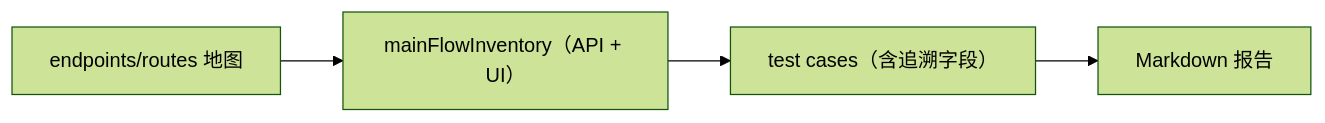
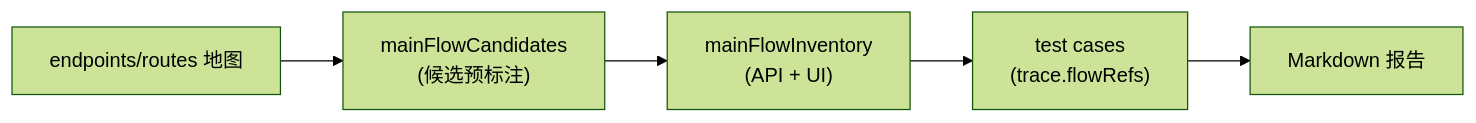
Before and after one commit to MakaCove/ai-test-pipeline: the second of 2 diagrams in 架构与流程.md, drawn with Mermaid (forest theme). The commit also changed other lines of this file and 26 other files, not shown here.

````diff
--- a/架构与流程.md
+++ b/架构与流程.md
@@ -121,9 +123,10 @@
 ```mermaid
 flowchart LR
     E["endpoints/routes 地图"]
-    C["mainFlowInventory（API + UI）"]
-    T["test cases（含追溯字段）"]
+    C["mainFlowCandidates<br/>(候选预标注)"]
+    I["mainFlowInventory<br/>(API + UI)"]
+    T["test cases<br/>(trace.flowRefs)"]
     R["Markdown 报告"]
 
-    E --> C --> T --> R
+    E --> C --> I --> T --> R
 ```
````
